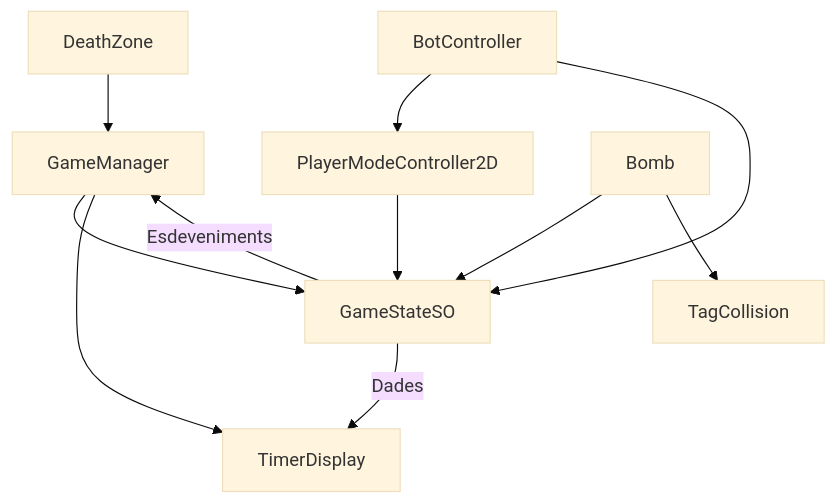
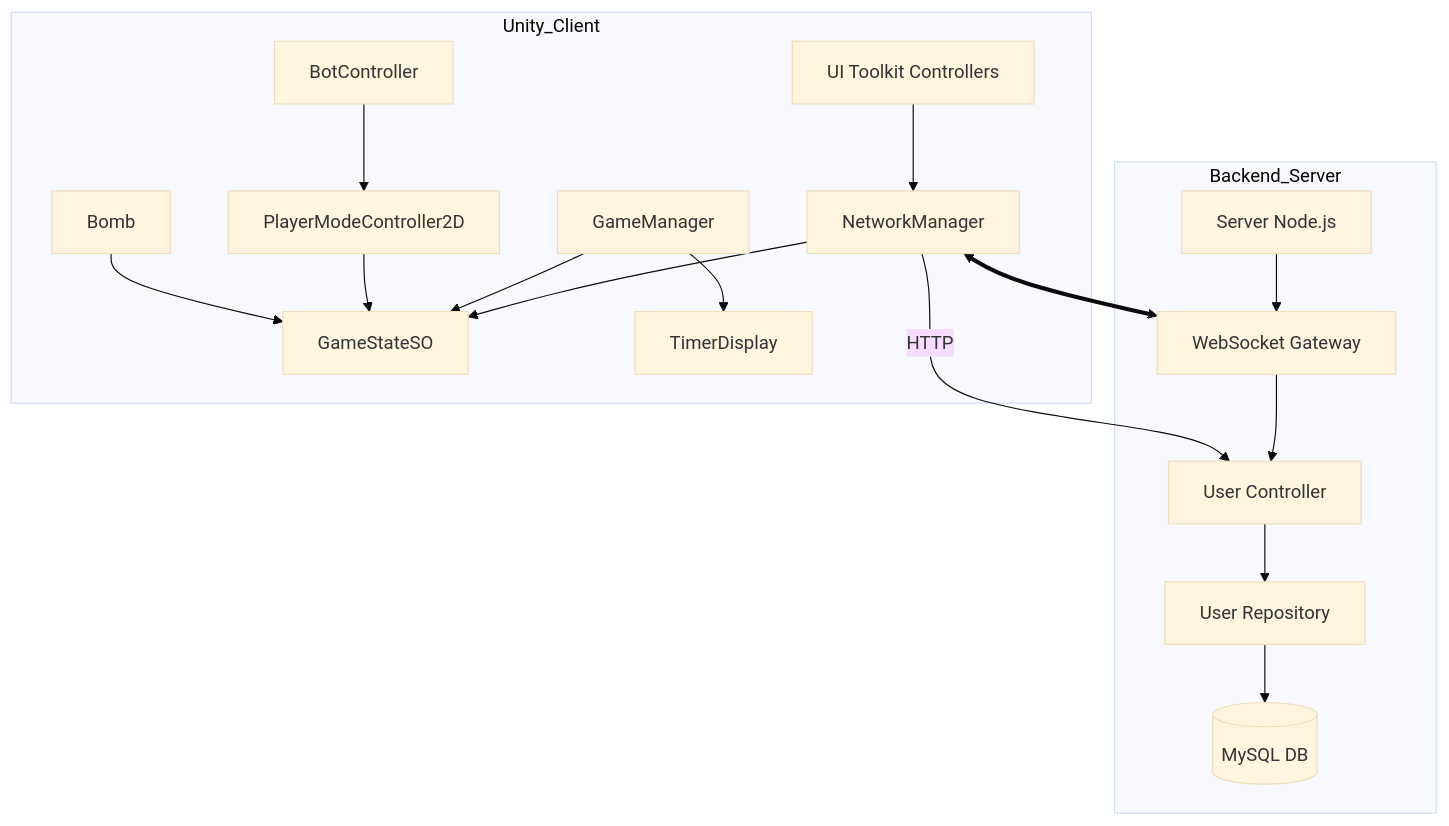
One commit to inspedralbes/tr3-joc-tr-3joc_kimgalicio changed the diagram in doc/context/06_SYSTEM_MAP.md. Above: the diagram before and after it, drawn with Mermaid (base theme). The commit also changed other lines of this file and 12 other files, not shown here.

Commit message:
docs: initialize project documentation and update README with system architecture and specifications

````diff
--- a/doc/context/06_SYSTEM_MAP.md
+++ b/doc/context/06_SYSTEM_MAP.md
@@ -5,17 +5,25 @@
 ```mermaid
 graph TD
-    GM[GameManager] --> GSO[GameStateSO]
-    GM --> TD[TimerDisplay]
-    
-    PC[PlayerModeController2D] --> GSO
-    BC[BotController] --> PC
-    BC --> GSO
-    
-    B[Bomb] --> GSO
-    B --> TC[TagCollision]
-    
-    DZ[DeathZone] --> GM
-    
-    GSO -- "Esdeveniments" --> GM
-    GSO -- "Dades" --> TD
+    %% Client Unity
+    subgraph Unity_Client
+        NM[NetworkManager] --> GSO[GameStateSO]
+        GM[GameManager] --> GSO
+        GM --> TD[TimerDisplay]
+        PC[PlayerModeController2D] --> GSO
+        BC[BotController] --> PC
+        B[Bomb] --> GSO
+        UI[UI Toolkit Controllers] --> NM
+    end
+
+    %% Backend
+    subgraph Backend_Server
+        S[Server Node.js] --> WS[WebSocket Gateway]
+        WS --> UC[User Controller]
+        UC --> UR[User Repository]
+        UR --> DB[(MySQL DB)]
+    end
+
+    %% Connexions
+    NM <==> WS
+    NM -- HTTP --> UC
 ```
````
